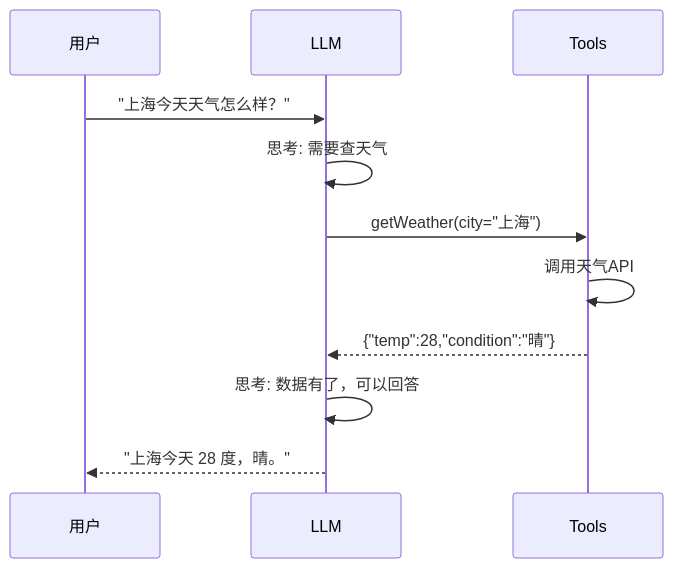
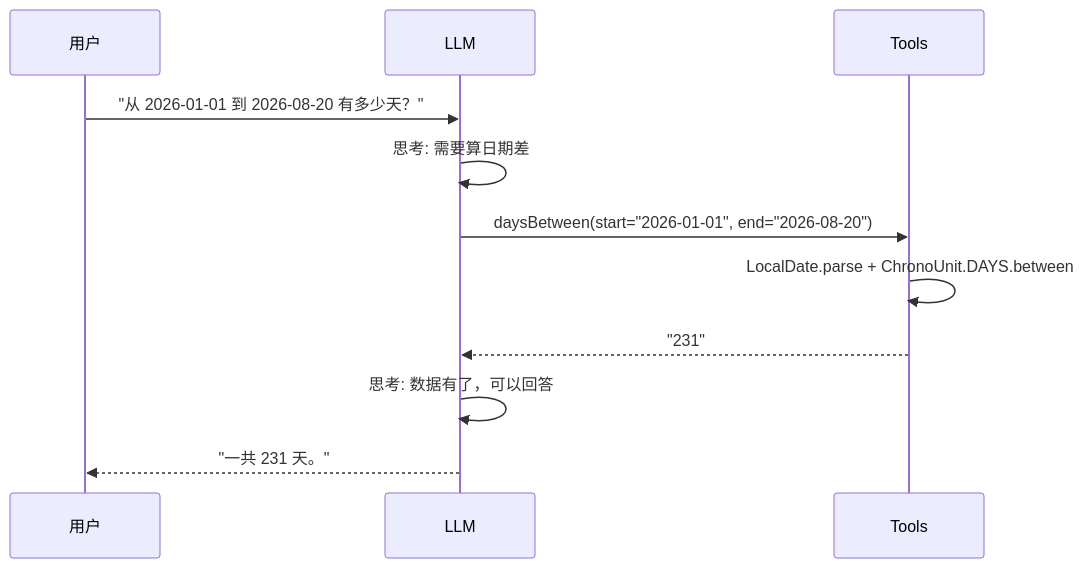
One commit to hengdboy/langchain4j-in-production changed the first of 3 diagrams in chapters/ch06-tools.md. Above: the diagram before and after it, drawn with Mermaid. The commit also changed other lines of this file and 6 other files, not shown here.

````diff
--- a/chapters/ch06-tools.md
+++ b/chapters/ch06-tools.md
@@ -43,14 +43,14 @@
 ```mermaid
 sequenceDiagram
     participant U as 用户
     participant L as LLM
     participant T as Tools
 
-    U->>L: "上海今天天气怎么样？"
-    L->>L: 思考: 需要查天气
-    L->>T: getWeather(city="上海")
-    T->>T: 调用天气API
-    T-->>L: {"temp":28,"condition":"晴"}
+    U->>L: "从 2026-01-01 到 2026-08-20 有多少天？"
+    L->>L: 思考: 需要算日期差
+    L->>T: daysBetween(start="2026-01-01", end="2026-08-20")
+    T->>T: LocalDate.parse + ChronoUnit.DAYS.between
+    T-->>L: "231"
     L->>L: 思考: 数据有了，可以回答
-    L-->>U: "上海今天 28 度，晴。"
+    L-->>U: "一共 231 天。"
 ```
````
